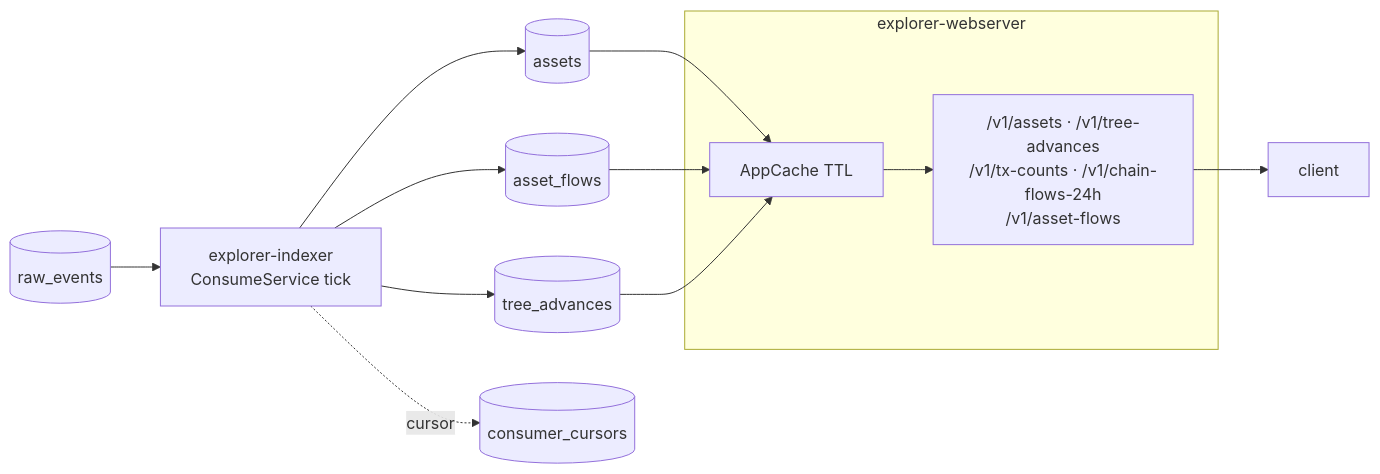
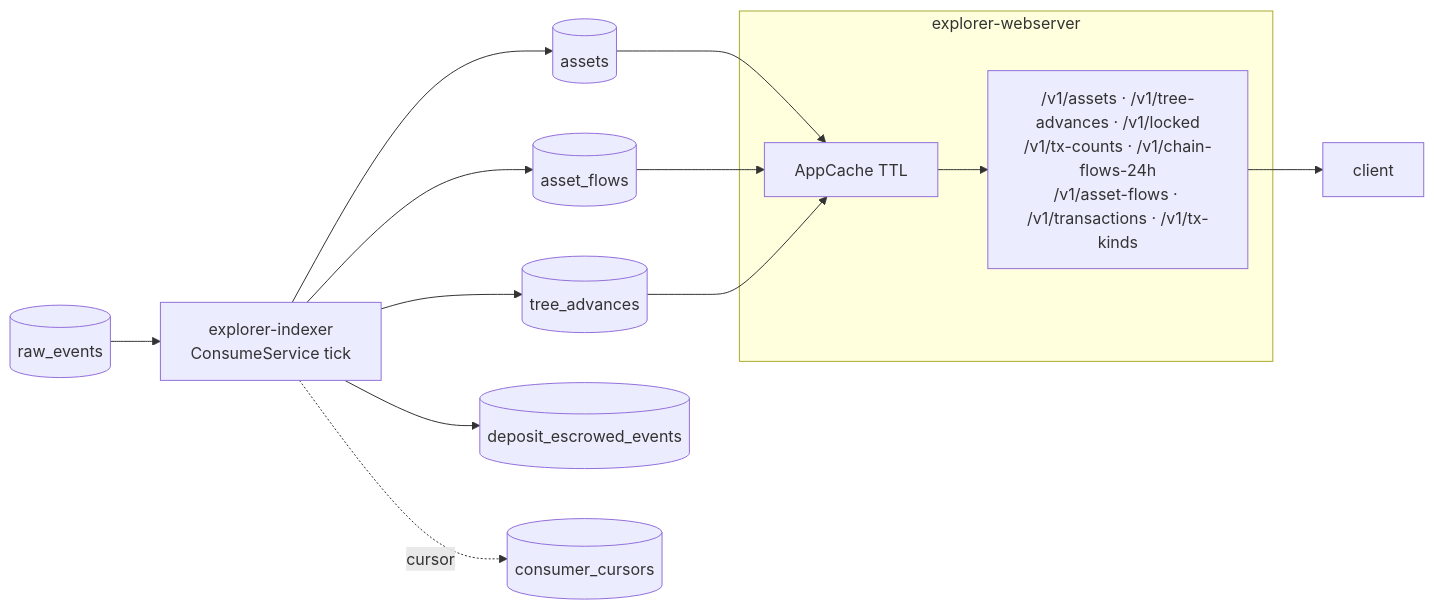
Before and after one commit to lelantos-org/backend: the fourth of 8 diagrams in README.md, drawn with Mermaid. The commit also changed other lines of this file and 14 other files, not shown here.

````diff
--- a/README.md
+++ b/README.md
@@ -105,17 +110,18 @@
 ```mermaid
 flowchart LR
   RAW[(raw_events)] --> T["explorer-indexer<br/>ConsumeService tick"]
   T --> A[(assets)]
   T --> AF[(asset_flows)]
   T --> TA[(tree_advances)]
+  T --> DE[(deposit_escrowed_events)]
   T -.cursor.-> CUR[(consumer_cursors)]
   subgraph web["explorer-webserver"]
-    RT["/v1/assets · /v1/tree-advances<br/>/v1/tx-counts · /v1/chain-flows-24h<br/>/v1/asset-flows"]
+    RT["/v1/assets · /v1/tree-advances · /v1/locked<br/>/v1/tx-counts · /v1/chain-flows-24h<br/>/v1/asset-flows · /v1/transactions · /v1/tx-kinds"]
     CA[AppCache TTL]
   end
   A --> CA
   AF --> CA
   TA --> CA
   CA --> RT
   RT --> CL[client]
 ```
````
